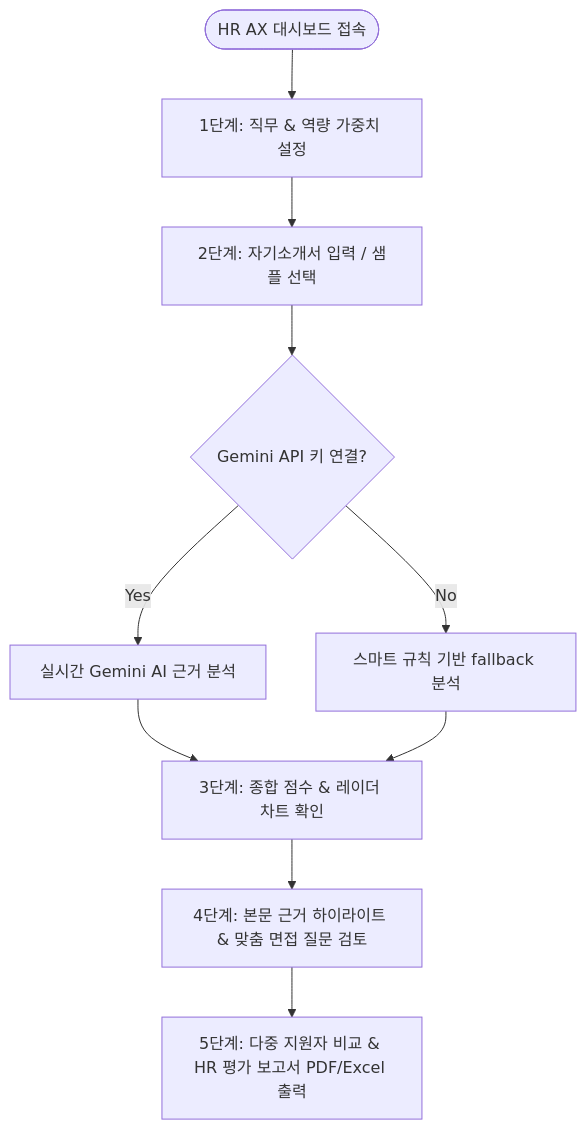
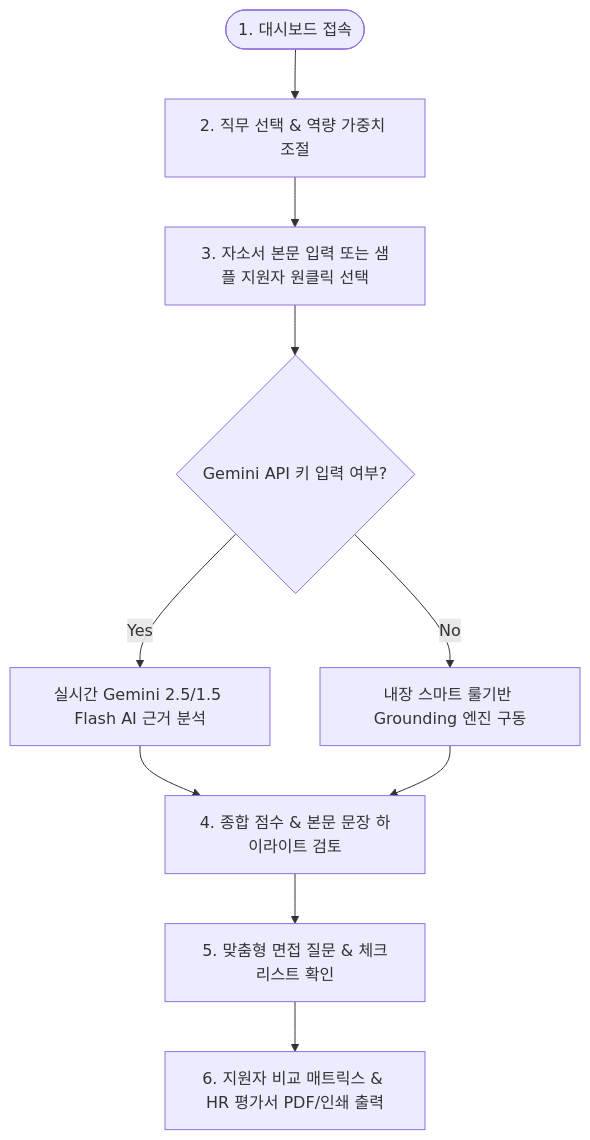
The diagram in README.md (jcm0314/CapStone-SW-), drawn with Mermaid before and after one commit. The commit also changed other lines of this file, not shown here.

````diff
--- a/README.md
+++ b/README.md
@@ -85,11 +79,11 @@
 ```mermaid
 graph TD
-    Start([HR AX 대시보드 접속]) --> Step1[1단계: 직무 & 역량 가중치 설정]
-    Step1 --> Step2[2단계: 자기소개서 입력 / 샘플 선택]
-    Step2 --> Step3{Gemini API 키 연결?}
-    Step3 -- Yes --> Step4A[실시간 Gemini AI 근거 분석]
-    Step3 -- No --> Step4B[스마트 규칙 기반 fallback 분석]
-    Step4A & Step4B --> Step5[3단계: 종합 점수 & 레이더 차트 확인]
-    Step5 --> Step6[4단계: 본문 근거 하이라이트 & 맞춤 면접 질문 검토]
-    Step6 --> Step7[5단계: 다중 지원자 비교 & HR 평가 보고서 PDF/Excel 출력]
+    Start([1. 대시보드 접속]) --> Step1[2. 직무 선택 & 역량 가중치 조절]
+    Step1 --> Step2[3. 자소서 본문 입력 또는 샘플 지원자 원클릭 선택]
+    Step2 --> Step3{Gemini API 키 입력 여부?}
+    Step3 -- Yes --> Step4A[실시간 Gemini 2.5/1.5 Flash AI 근거 분석]
+    Step3 -- No --> Step4B[내장 스마트 룰기반 Grounding 엔진 구동]
+    Step4A & Step4B --> Step5[4. 종합 점수 & 본문 문장 하이라이트 검토]
+    Step5 --> Step6[5. 맞춤형 면접 질문 & 체크리스트 확인]
+    Step6 --> Step7[6. 지원자 비교 매트릭스 & HR 평가서 PDF/인쇄 출력]
 ```
````
